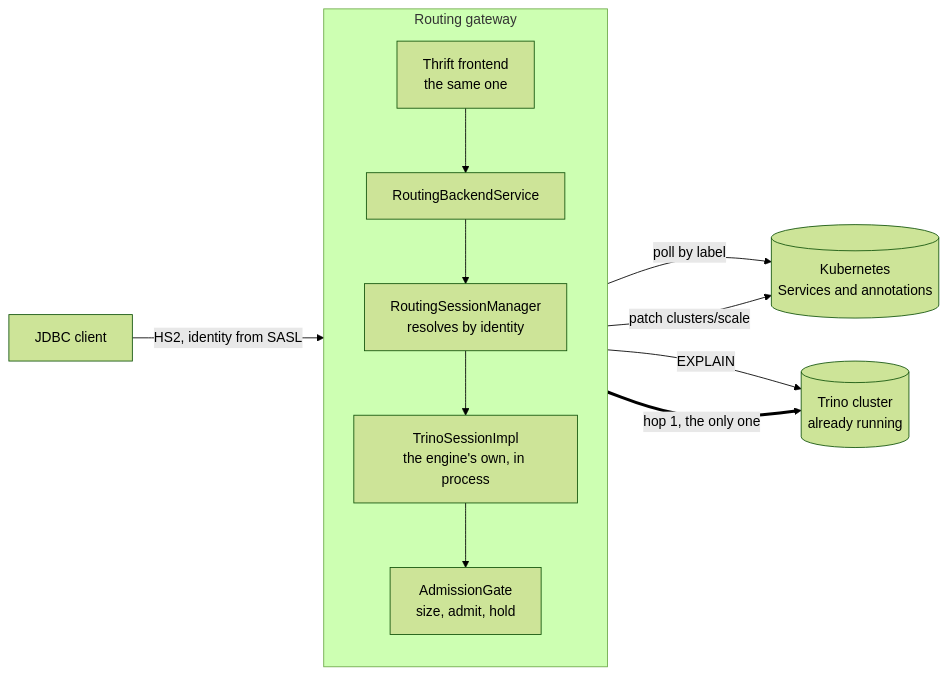
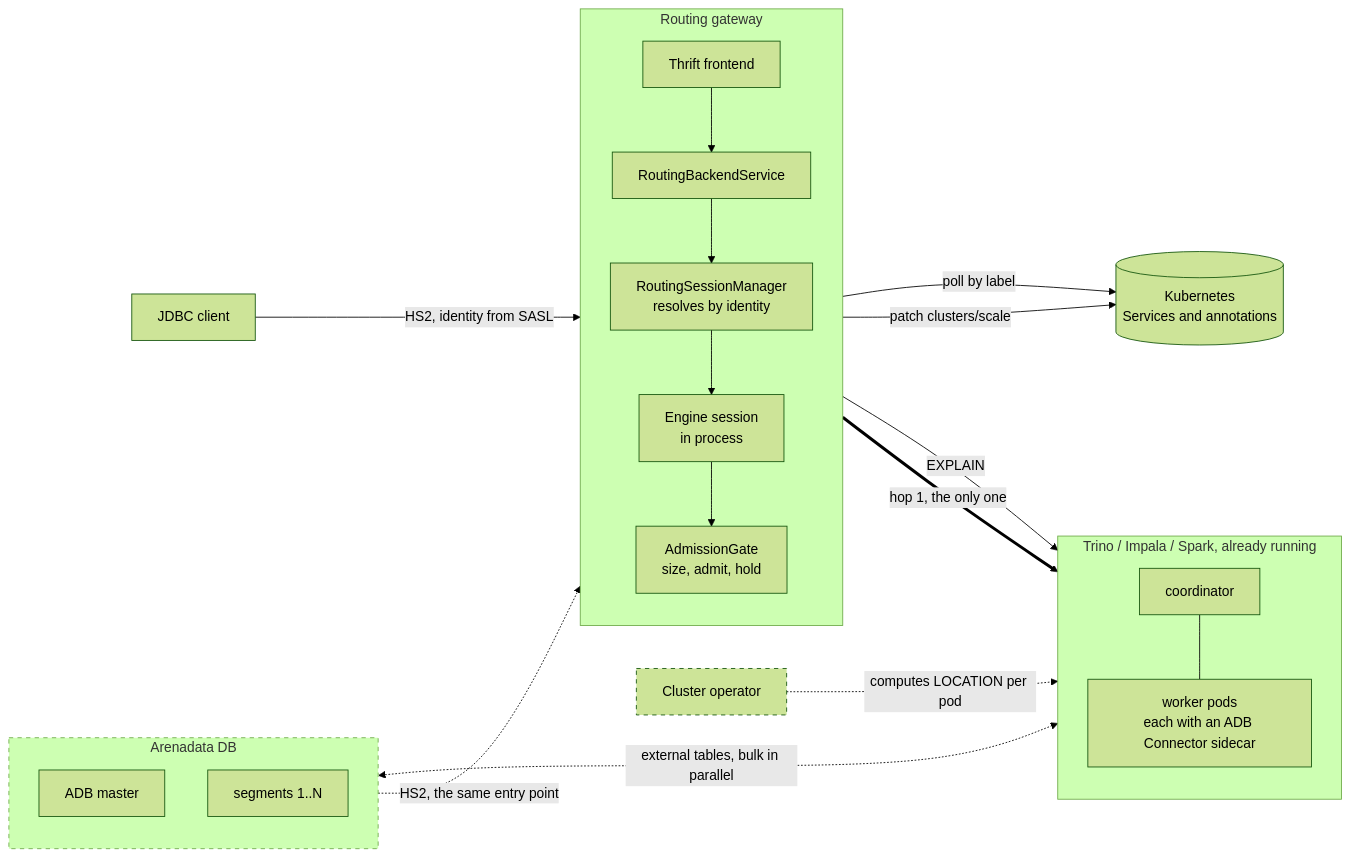
The second of 2 diagrams in kyuubi-routing-gateway/README.md (arenadata/kyuubi), drawn with Mermaid (forest theme) before and after one commit. The commit also changed other lines of this file, not shown here.

````diff
--- a/kyuubi-routing-gateway/README.md
+++ b/kyuubi-routing-gateway/README.md
@@ -58,25 +58,44 @@
 ```mermaid
 flowchart LR
     client["JDBC client"]
 
+    subgraph adb["Arenadata DB"]
+        direction TB
+        master["ADB master"]
+        segs["segments 1..N"]
+    end
+
     subgraph gw["Routing gateway"]
         direction TB
-        fe["Thrift frontend<br/>the same one"]
+        fe["Thrift frontend"]
         be["RoutingBackendService"]
         sm["RoutingSessionManager<br/>resolves by identity"]
-        ks["TrinoSessionImpl<br/>the engine's own, in process"]
+        ks["Engine session<br/>in process"]
         gate["AdmissionGate<br/>size, admit, hold"]
         fe --> be --> sm --> ks
         ks --> gate
     end
 
     k8s[("Kubernetes<br/>Services and annotations")]
+    op["Cluster operator"]
 
-    trino[("Trino cluster<br/>already running")]
+    subgraph cl["Trino / Impala / Spark, already running"]
+        direction TB
+        coord["coordinator"]
+        pods["worker pods<br/>each with an ADB Connector sidecar"]
+        coord --- pods
+    end
 
     client -->|HS2, identity from SASL| fe
     sm -->|poll by label| k8s
-    gate -->|EXPLAIN| trino
+    gate -->|EXPLAIN| coord
     gate -->|patch clusters/scale| k8s
-    ks ==>|hop 1, the only one| trino
+    ks ==>|hop 1, the only one| coord
+
+    master -.->|HS2, the same entry point| fe
+    op -.->|computes LOCATION per pod| pods
+    segs <-.->|external tables, bulk in parallel| pods
+
+    classDef dotted stroke-dasharray: 5 5
+    class adb,op dotted
 ```
````
